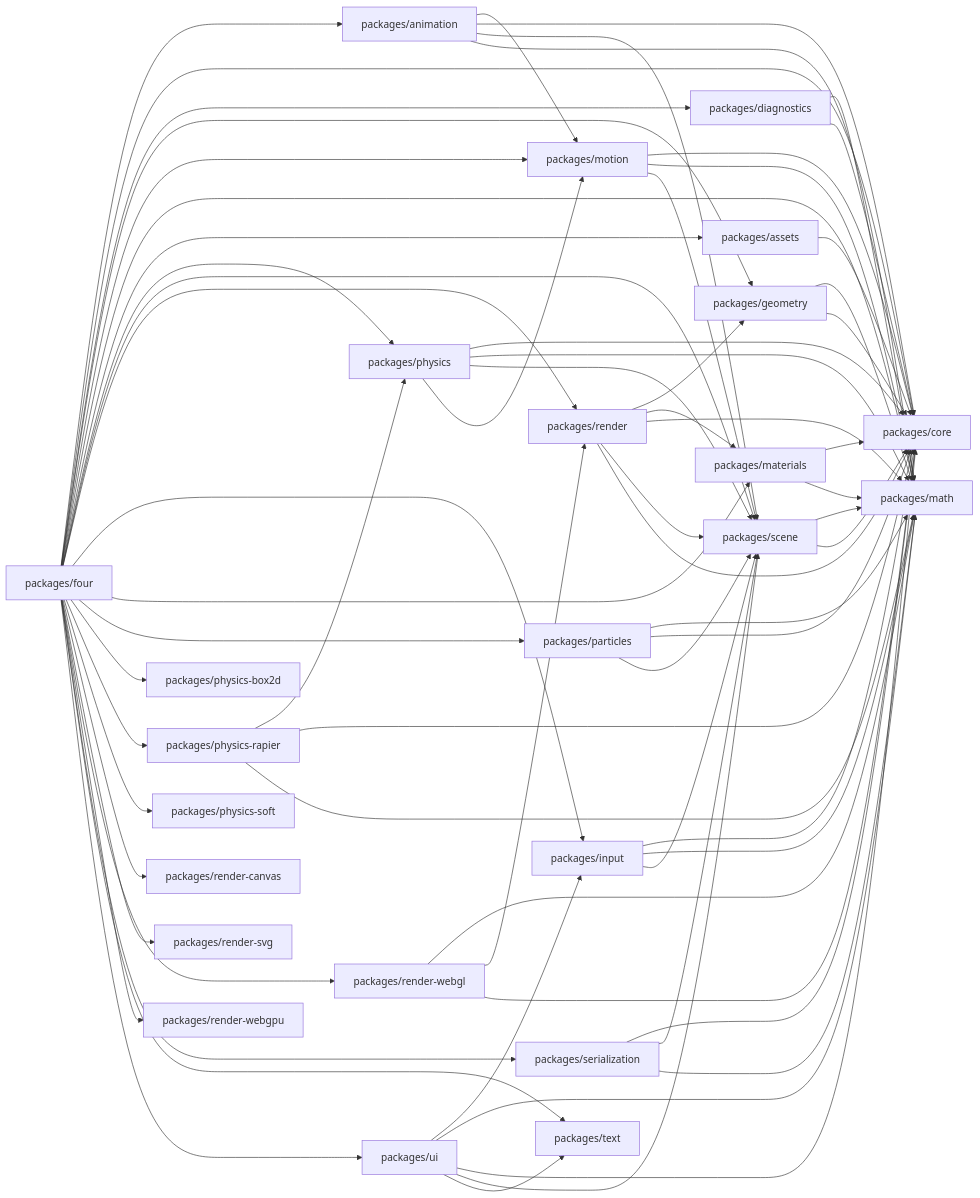
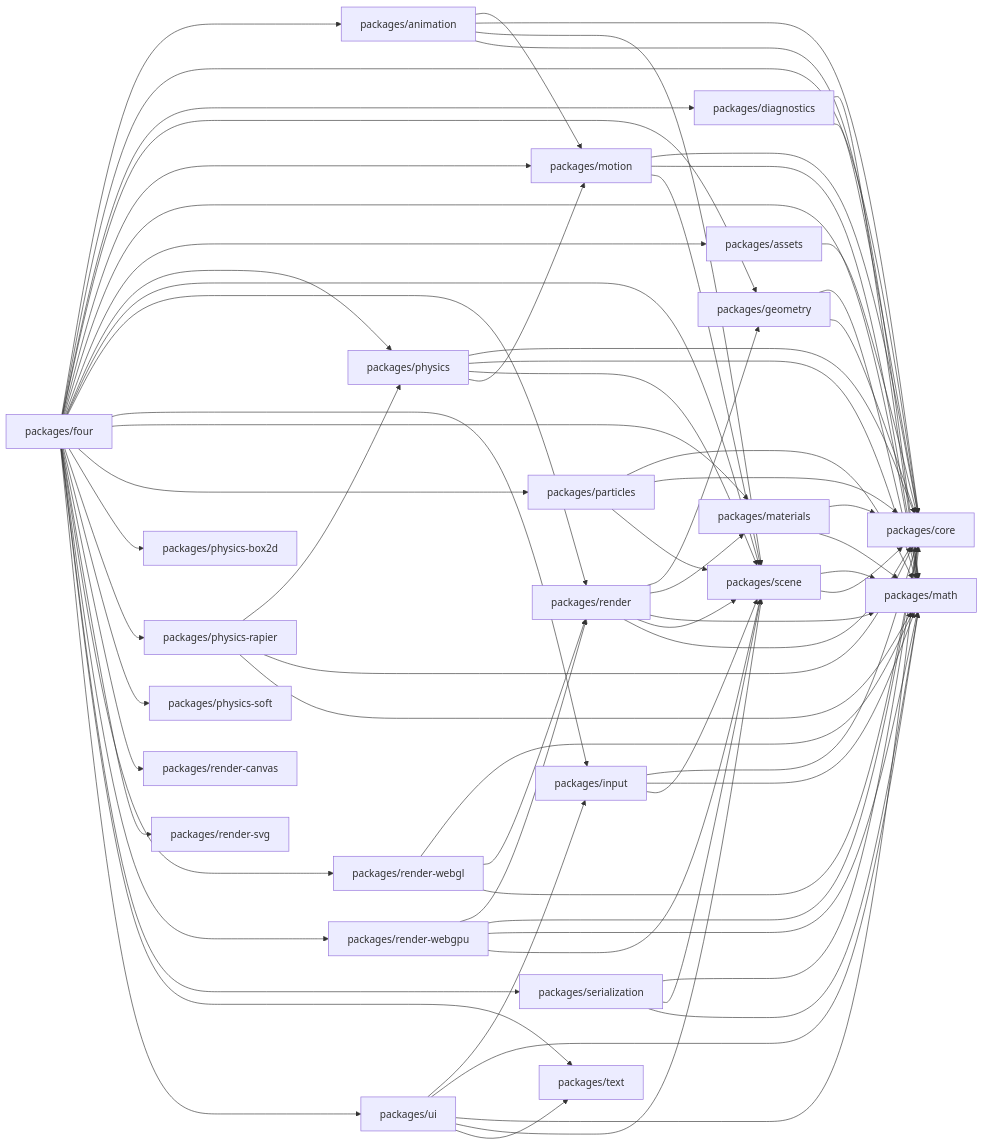
One commit to danielsimonjr/four.js changed the first of 2 diagrams in docs/Architecture/DEPENDENCY_GRAPH.md. Above: the diagram before and after it, drawn with Mermaid. The commit also changed other lines of this file and 8 other files, not shown here.

First line of the commit message:
chore(docs): regenerate dependency-graph artifacts after wave 20 (WP-R1.1, PH-11b)

```diff
--- a/docs/Architecture/DEPENDENCY_GRAPH.md
+++ b/docs/Architecture/DEPENDENCY_GRAPH.md
@@ -189,6 +189,10 @@
     P18 --> P8
     P18 --> P15
     P18 --> P2
+    P19 --> P15
+    P19 --> P2
+    P19 --> P8
+    P19 --> P20
     P20 --> P8
     P20 --> P2
     P21 --> P2
```
